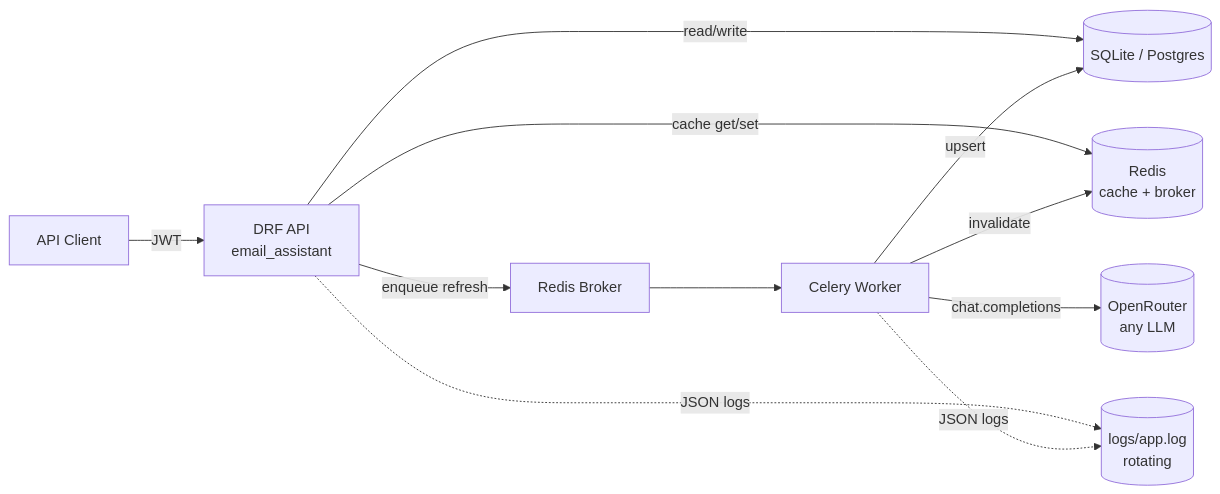
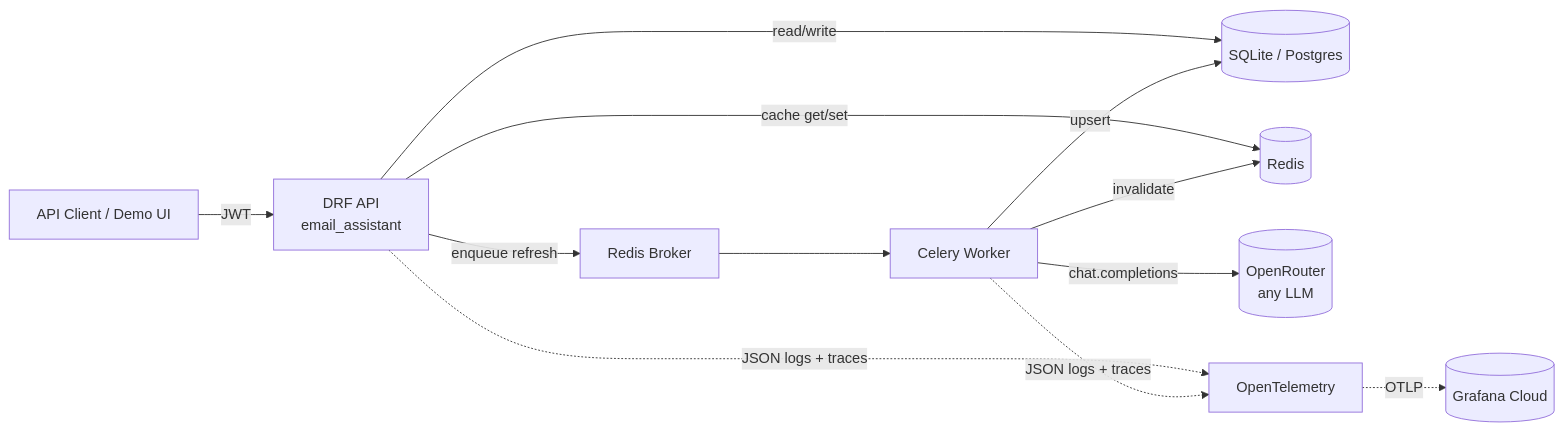
One commit to RogerSinghChugh/email_assistant changed the diagram in README.md. Above: the diagram before and after it, drawn with Mermaid. The commit also changed other lines of this file, not shown here.

````diff
--- a/README.md
+++ b/README.md
@@ -106,13 +63,14 @@
 ```mermaid
 flowchart LR
-    Client[API Client] -->|JWT| API[DRF API<br/>email_assistant]
+    Client[API Client / Demo UI] -->|JWT| API[DRF API<br/>email_assistant]
     API -->|read/write| DB[(SQLite / Postgres)]
-    API -->|cache get/set| Redis[(Redis<br/>cache + broker)]
+    API -->|cache get/set| Redis[(Redis)]
     API -->|enqueue refresh| Broker[Redis Broker]
     Broker --> Worker[Celery Worker]
     Worker -->|chat.completions| OpenRouter[(OpenRouter<br/>any LLM)]
     Worker -->|upsert| DB
     Worker -->|invalidate| Redis
-    API -.->|JSON logs| LogFile[(logs/app.log<br/>rotating)]
-    Worker -.->|JSON logs| LogFile
+    API -.->|JSON logs + traces| OTel[OpenTelemetry]
+    Worker -.->|JSON logs + traces| OTel
+    OTel -.->|OTLP| Grafana[(Grafana Cloud)]
 ```
````
